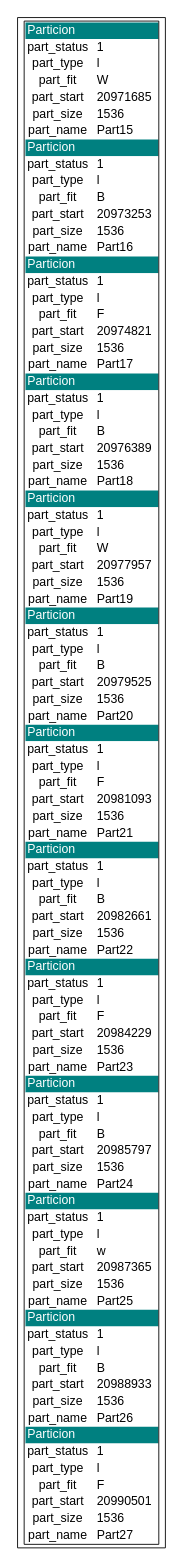
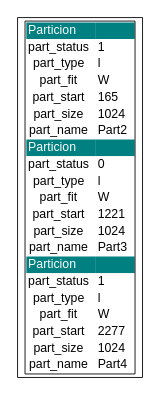
One commit to luis-tavico/MIA_2SP1_202000562 changed the diagram in reportes/reporte_ebr.dot. Above: the diagram before and after it, drawn with Graphviz. The commit also changed 72 other files, not shown here.

```diff
--- a/reportes/reporte_ebr.dot
+++ b/reportes/reporte_ebr.dot
@@ -20,15 +20,15 @@
         </tr>
         <tr>
             <td bgcolor="white" align="center"> part_start </td>
-            <td bgcolor="white" align="left"> 20971685 </td>
+            <td bgcolor="white" align="left"> 165 </td>
         </tr>
         <tr>
             <td bgcolor="white" align="center"> part_size </td>
-            <td bgcolor="white" align="left"> 1536 </td>
+            <td bgcolor="white" align="left"> 1024 </td>
         </tr>
         <tr>
             <td bgcolor="white" align="center"> part_name </td>
-            <td bgcolor="white" align="left"> Part15 </td>
+            <td bgcolor="white" align="left"> Part2 </td>
         </tr>
         <tr>
             <td bgcolor="teal" align="left"><font color="white"> Particion </font></td>
@@ -36,7 +36,7 @@
         </tr>
         <tr>
             <td bgcolor="white" align="center"> part_status </td>
-            <td bgcolor="white" align="left"> 1 </td>
+            <td bgcolor="white" align="left"> 0 </td>
         </tr>
         <tr>
             <td bgcolor="white" align="center"> part_type </td>
@@ -44,75 +44,19 @@
         </tr>
         <tr>
             <td bgcolor="white" align="center"> part_fit </td>
-            <td bgcolor="white" align="left"> B </td>
+            <td bgcolor="white" align="left"> W </td>
         </tr>
         <tr>
             <td bgcolor="white" align="center"> part_start </td>
-            <td bgcolor="white" align="left"> 20973253 </td>
+            <td bgcolor="white" align="left"> 1221 </td>
         </tr>
         <tr>
             <td bgcolor="white" align="center"> part_size </td>
-            <td bgcolor="white" align="left"> 1536 </td>
+            <td bgcolor="white" align="left"> 1024 </td>
         </tr>
         <tr>
             <td bgcolor="white" align="center"> part_name </td>
-            <td bgcolor="white" align="left"> Part16 </td>
-        </tr>
-        <tr>
-            <td bgcolor="teal" align="left"><font color="white"> Particion </font></td>
-            <td bgcolor="teal" align="left"><font color="white"> </font></td>
-        </tr>
-        <tr>
-            <td bgcolor="white" align="center"> part_status </td>
-            <td bgcolor="white" align="left"> 1 </td>
-        </tr>
-        <tr>
-            <td bgcolor="white" align="center"> part_type </td>
-            <td bgcolor="white" align="left"> l </td>
-        </tr>
-        <tr>
-            <td bgcolor="white" align="center"> part_fit </td>
-            <td bgcolor="white" align="left"> F </td>
-        </tr>
-        <tr>
-            <td bgcolor="white" align="center"> part_start </td>
-            <td bgcolor="white" align="left"> 20974821 </td>
-        </tr>
-        <tr>
-            <td bgcolor="white" align="center"> part_size </td>
-            <td bgcolor="white" align="left"> 1536 </td>
-        </tr>
-        <tr>
-            <td bgcolor="white" align="center"> part_name </td>
-            <td bgcolor="white" align="left"> Part17 </td>
-        </tr>
-        <tr>
-            <td bgcolor="teal" align="left"><font color="white"> Particion </font></td>
-            <td bgcolor="teal" align="left"><font color="white"> </font></td>
-        </tr>
-        <tr>
-            <td bgcolor="white" align="center"> part_status </td>
-            <td bgcolor="white" align="left"> 1 </td>
-        </tr>
-        <tr>
-            <td bgcolor="white" align="center"> part_type </td>
-            <td bgcolor="white" align="left"> l </td>
-        </tr>
-        <tr>
-            <td bgcolor="white" align="center"> part_fit </td>
-            <td bgcolor="white" align="left"> B </td>
-        </tr>
-        <tr>
-            <td bgcolor="white" align="center"> part_start </td>
-            <td bgcolor="white" align="left"> 20976389 </td>
-        </tr>
-        <tr>
-            <td bgcolor="white" align="center"> part_size </td>
-            <td bgcolor="white" align="left"> 1536 </td>
-        </tr>
-        <tr>
-            <td bgcolor="white" align="center"> part_name </td>
-            <td bgcolor="white" align="left"> Part18 </td>
+            <td bgcolor="white" align="left"> Part3 </td>
         </tr>
         <tr>
             <td bgcolor="teal" align="left"><font color="white"> Particion </font></td>
@@ -132,239 +76,15 @@
         </tr>
         <tr>
             <td bgcolor="white" align="center"> part_start </td>
-            <td bgcolor="white" align="left"> 20977957 </td>
+            <td bgcolor="white" align="left"> 2277 </td>
         </tr>
         <tr>
             <td bgcolor="white" align="center"> part_size </td>
-            <td bgcolor="white" align="left"> 1536 </td>
+            <td bgcolor="white" align="left"> 1024 </td>
         </tr>
         <tr>
             <td bgcolor="white" align="center"> part_name </td>
-            <td bgcolor="white" align="left"> Part19 </td>
-        </tr>
-        <tr>
-            <td bgcolor="teal" align="left"><font color="white"> Particion </font></td>
-            <td bgcolor="teal" align="left"><font color="white"> </font></td>
-        </tr>
-        <tr>
-            <td bgcolor="white" align="center"> part_status </td>
-            <td bgcolor="white" align="left"> 1 </td>
-        </tr>
-        <tr>
-            <td bgcolor="white" align="center"> part_type </td>
-            <td bgcolor="white" align="left"> l </td>
-        </tr>
-        <tr>
-            <td bgcolor="white" align="center"> part_fit </td>
-            <td bgcolor="white" align="left"> B </td>
-        </tr>
-        <tr>
-            <td bgcolor="white" align="center"> part_start </td>
-            <td bgcolor="white" align="left"> 20979525 </td>
-        </tr>
-        <tr>
-            <td bgcolor="white" align="center"> part_size </td>
-            <td bgcolor="white" align="left"> 1536 </td>
-        </tr>
-        <tr>
-            <td bgcolor="white" align="center"> part_name </td>
-            <td bgcolor="white" align="left"> Part20 </td>
-        </tr>
-        <tr>
-            <td bgcolor="teal" align="left"><font color="white"> Particion </font></td>
-            <td bgcolor="teal" align="left"><font color="white"> </font></td>
-        </tr>
-        <tr>
-            <td bgcolor="white" align="center"> part_status </td>
-            <td bgcolor="white" align="left"> 1 </td>
-        </tr>
-        <tr>
-            <td bgcolor="white" align="center"> part_type </td>
-            <td bgcolor="white" align="left"> l </td>
-        </tr>
-        <tr>
-            <td bgcolor="white" align="center"> part_fit </td>
-            <td bgcolor="white" align="left"> F </td>
-        </tr>
-        <tr>
-            <td bgcolor="white" align="center"> part_start </td>
-            <td bgcolor="white" align="left"> 20981093 </td>
-        </tr>
-        <tr>
-            <td bgcolor="white" align="center"> part_size </td>
-            <td bgcolor="white" align="left"> 1536 </td>
-        </tr>
-        <tr>
-            <td bgcolor="white" align="center"> part_name </td>
-            <td bgcolor="white" align="left"> Part21 </td>
-        </tr>
-        <tr>
-            <td bgcolor="teal" align="left"><font color="white"> Particion </font></td>
-            <td bgcolor="teal" align="left"><font color="white"> </font></td>
-        </tr>
-        <tr>
-            <td bgcolor="white" align="center"> part_status </td>
-            <td bgcolor="white" align="left"> 1 </td>
-        </tr>
-        <tr>
-            <td bgcolor="white" align="center"> part_type </td>
-            <td bgcolor="white" align="left"> l </td>
-        </tr>
-        <tr>
-            <td bgcolor="white" align="center"> part_fit </td>
-            <td bgcolor="white" align="left"> B </td>
-        </tr>
-        <tr>
-            <td bgcolor="white" align="center"> part_start </td>
-            <td bgcolor="white" align="left"> 20982661 </td>
-        </tr>
-        <tr>
-            <td bgcolor="white" align="center"> part_size </td>
-            <td bgcolor="white" align="left"> 1536 </td>
-        </tr>
-        <tr>
-            <td bgcolor="white" align="center"> part_name </td>
-            <td bgcolor="white" align="left"> Part22 </td>
-        </tr>
-        <tr>
-            <td bgcolor="teal" align="left"><font color="white"> Particion </font></td>
-            <td bgcolor="teal" align="left"><font color="white"> </font></td>
-        </tr>
-        <tr>
-            <td bgcolor="white" align="center"> part_status </td>
-            <td bgcolor="white" align="left"> 1 </td>
-        </tr>
-        <tr>
-            <td bgcolor="white" align="center"> part_type </td>
-            <td bgcolor="white" align="left"> l </td>
-        </tr>
-        <tr>
-            <td bgcolor="white" align="center"> part_fit </td>
-            <td bgcolor="white" align="left"> F </td>
-        </tr>
-        <tr>
-            <td bgcolor="white" align="center"> part_start </td>
-            <td bgcolor="white" align="left"> 20984229 </td>
-        </tr>
-        <tr>
-            <td bgcolor="white" align="center"> part_size </td>
-            <td bgcolor="white" align="left"> 1536 </td>
-        </tr>
-        <tr>
-            <td bgcolor="white" align="center"> part_name </td>
-            <td bgcolor="white" align="left"> Part23 </td>
-        </tr>
-        <tr>
-            <td bgcolor="teal" align="left"><font color="white"> Particion </font></td>
-            <td bgcolor="teal" align="left"><font color="white"> </font></td>
-        </tr>
-        <tr>
-            <td bgcolor="white" align="center"> part_status </td>
-            <td bgcolor="white" align="left"> 1 </td>
-        </tr>
-        <tr>
-            <td bgcolor="white" align="center"> part_type </td>
-            <td bgcolor="white" align="left"> l </td>
-        </tr>
-        <tr>
-            <td bgcolor="white" align="center"> part_fit </td>
-            <td bgcolor="white" align="left"> B </td>
-        </tr>
-        <tr>
-            <td bgcolor="white" align="center"> part_start </td>
-            <td bgcolor="white" align="left"> 20985797 </td>
-        </tr>
-        <tr>
-            <td bgcolor="white" align="center"> part_size </td>
-            <td bgcolor="white" align="left"> 1536 </td>
-        </tr>
-        <tr>
-            <td bgcolor="white" align="center"> part_name </td>
-            <td bgcolor="white" align="left"> Part24 </td>
-        </tr>
-        <tr>
-            <td bgcolor="teal" align="left"><font color="white"> Particion </font></td>
-            <td bgcolor="teal" align="left"><font color="white"> </font></td>
-        </tr>
-        <tr>
-            <td bgcolor="white" align="center"> part_status </td>
-            <td bgcolor="white" align="left"> 1 </td>
-        </tr>
-        <tr>
-            <td bgcolor="white" align="center"> part_type </td>
-            <td bgcolor="white" align="left"> l </td>
-        </tr>
-        <tr>
-            <td bgcolor="white" align="center"> part_fit </td>
-            <td bgcolor="white" align="left"> w </td>
-        </tr>
-        <tr>
-            <td bgcolor="white" align="center"> part_start </td>
-            <td bgcolor="white" align="left"> 20987365 </td>
-        </tr>
-        <tr>
-            <td bgcolor="white" align="center"> part_size </td>
-            <td bgcolor="white" align="left"> 1536 </td>
-        </tr>
-        <tr>
-            <td bgcolor="white" align="center"> part_name </td>
-            <td bgcolor="white" align="left"> Part25 </td>
-        </tr>
-        <tr>
-            <td bgcolor="teal" align="left"><font color="white"> Particion </font></td>
-            <td bgcolor="teal" align="left"><font color="white"> </font></td>
-        </tr>
-        <tr>
-            <td bgcolor="white" align="center"> part_status </td>
-            <td bgcolor="white" align="left"> 1 </td>
-        </tr>
-        <tr>
-            <td bgcolor="white" align="center"> part_type </td>
-            <td bgcolor="white" align="left"> l </td>
-        </tr>
-        <tr>
-            <td bgcolor="white" align="center"> part_fit </td>
-            <td bgcolor="white" align="left"> B </td>
-        </tr>
-        <tr>
-            <td bgcolor="white" align="center"> part_start </td>
-            <td bgcolor="white" align="left"> 20988933 </td>
-        </tr>
-        <tr>
-            <td bgcolor="white" align="center"> part_size </td>
-            <td bgcolor="white" align="left"> 1536 </td>
-        </tr>
-        <tr>
-            <td bgcolor="white" align="center"> part_name </td>
-            <td bgcolor="white" align="left"> Part26 </td>
-        </tr>
-        <tr>
-            <td bgcolor="teal" align="left"><font color="white"> Particion </font></td>
-            <td bgcolor="teal" align="left"><font color="white"> </font></td>
-        </tr>
-        <tr>
-            <td bgcolor="white" align="center"> part_status </td>
-            <td bgcolor="white" align="left"> 1 </td>
-        </tr>
-        <tr>
-            <td bgcolor="white" align="center"> part_type </td>
-            <td bgcolor="white" align="left"> l </td>
-        </tr>
-        <tr>
-            <td bgcolor="white" align="center"> part_fit </td>
-            <td bgcolor="white" align="left"> F </td>
-        </tr>
-        <tr>
-            <td bgcolor="white" align="center"> part_start </td>
-            <td bgcolor="white" align="left"> 20990501 </td>
-        </tr>
-        <tr>
-            <td bgcolor="white" align="center"> part_size </td>
-            <td bgcolor="white" align="left"> 1536 </td>
-        </tr>
-        <tr>
-            <td bgcolor="white" align="center"> part_name </td>
-            <td bgcolor="white" align="left"> Part27 </td>
+            <td bgcolor="white" align="left"> Part4 </td>
         </tr>
         </table>
     >];
```
